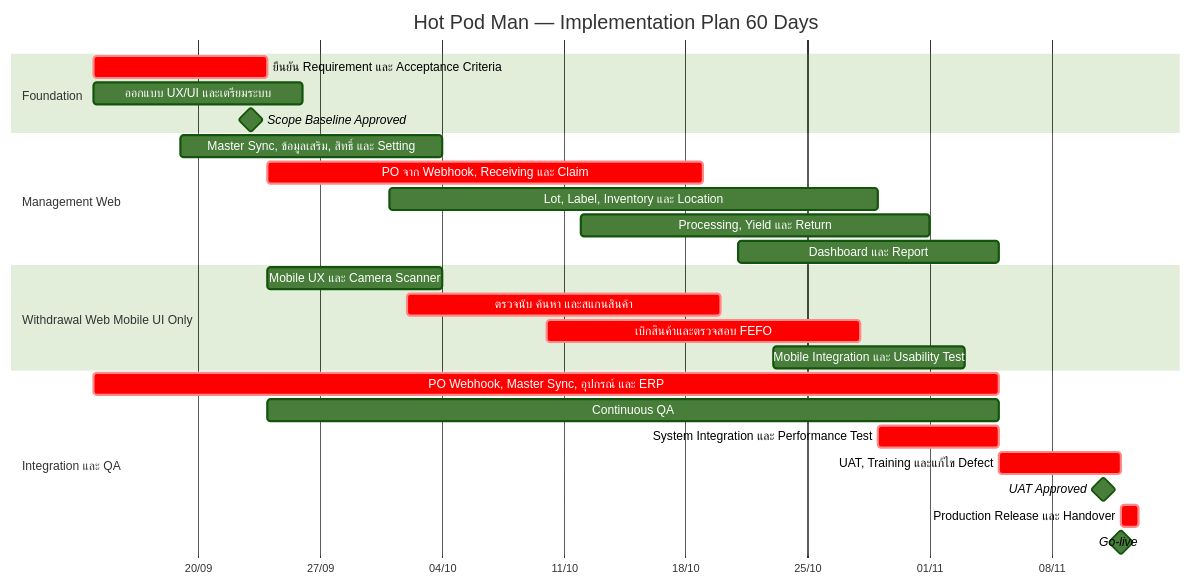
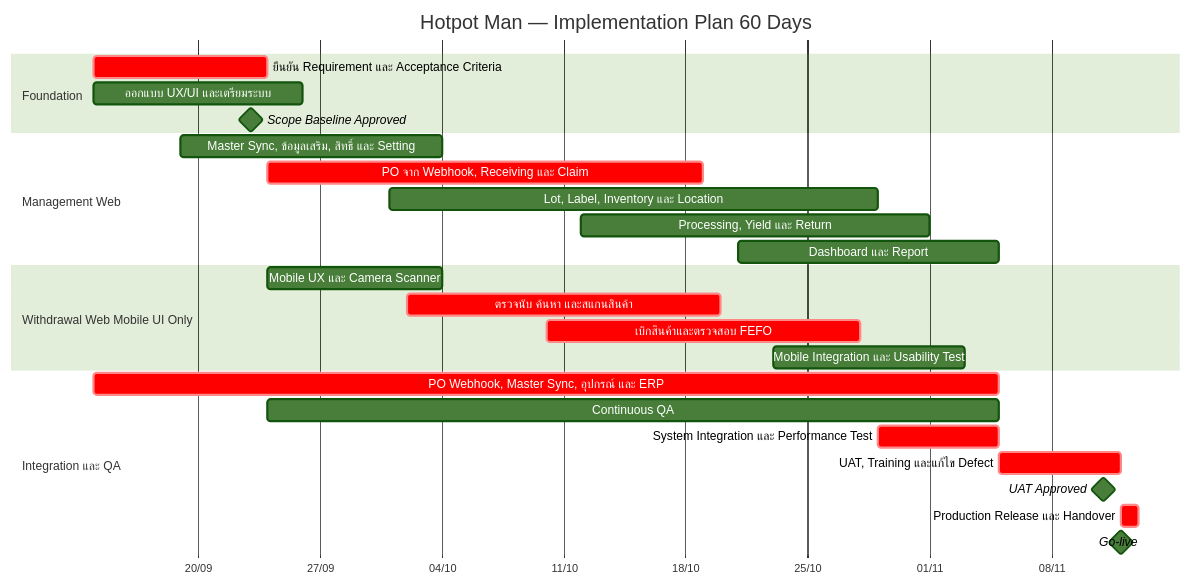
One commit to thisadee2897/requirements changed the second of 2 diagrams in HOTPODMAN/requirements.md. Above: the diagram before and after it, drawn with Mermaid (forest theme). The commit also changed other lines of this file and 5 other files, not shown here.

````diff
--- a/HOTPODMAN/requirements.md
+++ b/HOTPODMAN/requirements.md
@@ -400,33 +402,33 @@
 ```mermaid
 gantt
-    title Hot Pod Man — Implementation Plan 60 Days
+    title Hotpot Man — Implementation Plan 60 Days
     dateFormat  YYYY-MM-DD
     axisFormat  %d/%m
 
     section Foundation
     ยืนยัน Requirement และ Acceptance Criteria :crit, a1, 2026-09-14, 10d
     ออกแบบ UX/UI และเตรียมระบบ                   :a2, 2026-09-14, 12d
     Scope Baseline Approved                     :milestone, ms1, 2026-09-23, 0d
 
     section Management Web
     Master Sync, ข้อมูลเสริม, สิทธิ์ และ Setting :b1, 2026-09-19, 15d
     PO จาก Webhook, Receiving และ Claim         :crit, b2, 2026-09-24, 25d
     Lot, Label, Inventory และ Location           :b3, 2026-10-01, 28d
     Processing, Yield และ Return                 :b4, 2026-10-12, 20d
     Dashboard และ Report                        :b5, 2026-10-21, 15d
 
     section Withdrawal Web Mobile UI Only
     Mobile UX และ Camera Scanner                :c1, 2026-09-24, 10d
     ตรวจนับ ค้นหา และสแกนสินค้า                :crit, c2, 2026-10-02, 18d
     เบิกสินค้าและตรวจสอบ FEFO                   :crit, c3, 2026-10-10, 18d
     Mobile Integration และ Usability Test       :c4, 2026-10-23, 11d
 
     section Integration และ QA
     PO Webhook, Master Sync, อุปกรณ์ และ ERP    :crit, d1, 2026-09-14, 52d
     Continuous QA                               :d2, 2026-09-24, 42d
     System Integration และ Performance Test     :crit, d3, 2026-10-29, 7d
     UAT, Training และแก้ไข Defect               :crit, d4, 2026-11-05, 7d
     UAT Approved                                :milestone, ms2, 2026-11-11, 0d
     Production Release และ Handover             :crit, d5, 2026-11-12, 1d
     Go-live                                     :milestone, ms3, 2026-11-12, 0d
 ```
````
